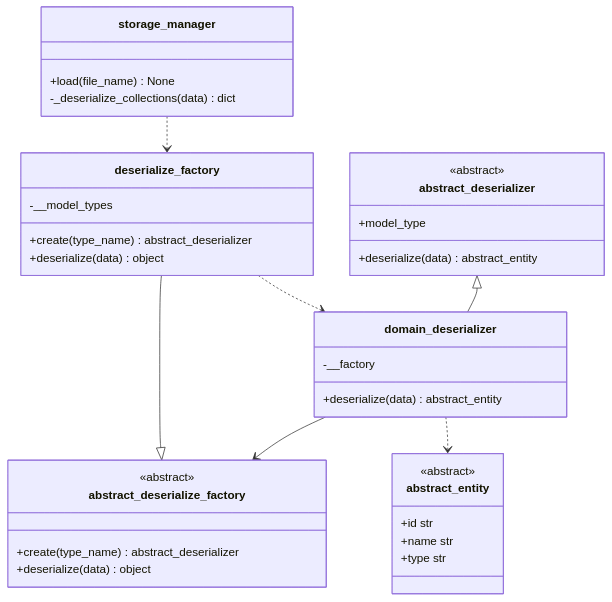
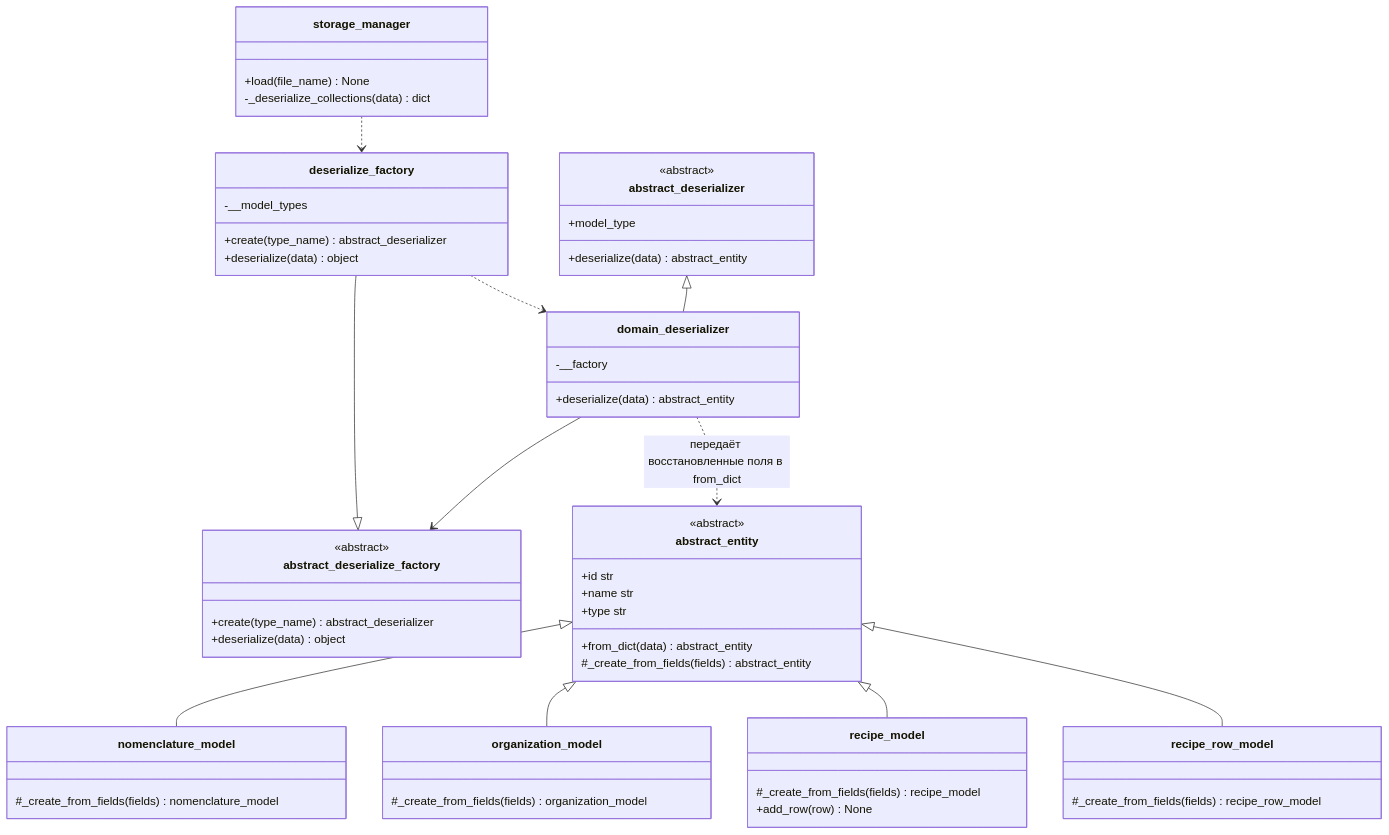
One commit to Alabaykin/patterns changed the diagram in Docs/DeserializationDiagram.md. Above: the diagram before and after it, drawn with Mermaid. The commit also changed 8 other files, not shown here.

Commit message:
Move model construction in from_dict factories

````diff
--- a/Docs/DeserializationDiagram.md
+++ b/Docs/DeserializationDiagram.md
@@ -3,41 +3,60 @@
 ```mermaid
 classDiagram
     direction TB
 
     class storage_manager {
         +load(file_name) None
         -_deserialize_collections(data) dict
     }
     class abstract_deserialize_factory {
         <<abstract>>
         +create(type_name) abstract_deserializer
         +deserialize(data) object
     }
     class deserialize_factory {
         -__model_types
         +create(type_name) abstract_deserializer
         +deserialize(data) object
     }
     class abstract_deserializer {
         <<abstract>>
         +model_type
         +deserialize(data) abstract_entity
     }
     class domain_deserializer {
         -__factory
         +deserialize(data) abstract_entity
     }
     class abstract_entity {
         <<abstract>>
         +id str
         +name str
         +type str
+        +from_dict(data) abstract_entity
+        #_create_from_fields(fields) abstract_entity
+    }
+    class nomenclature_model {
+        #_create_from_fields(fields) nomenclature_model
+    }
+    class organization_model {
+        #_create_from_fields(fields) organization_model
+    }
+    class recipe_model {
+        #_create_from_fields(fields) recipe_model
+        +add_row(row) None
+    }
+    class recipe_row_model {
+        #_create_from_fields(fields) recipe_row_model
     }
 
     abstract_deserialize_factory <|-- deserialize_factory
     abstract_deserializer <|-- domain_deserializer
     storage_manager ..> deserialize_factory 
     deserialize_factory ..> domain_deserializer
     domain_deserializer --> abstract_deserialize_factory
-    domain_deserializer ..> abstract_entity
+    domain_deserializer ..> abstract_entity : передаёт восстановленные поля в from_dict
+    abstract_entity <|-- nomenclature_model
+    abstract_entity <|-- organization_model
+    abstract_entity <|-- recipe_model
+    abstract_entity <|-- recipe_row_model
 ```
````
